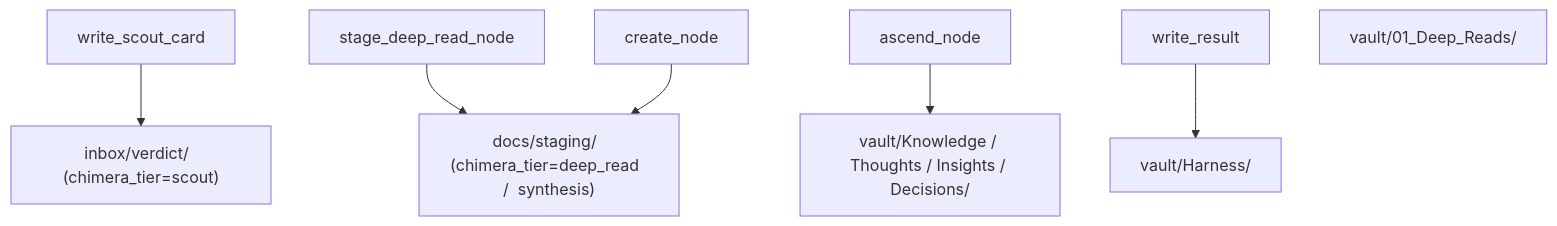
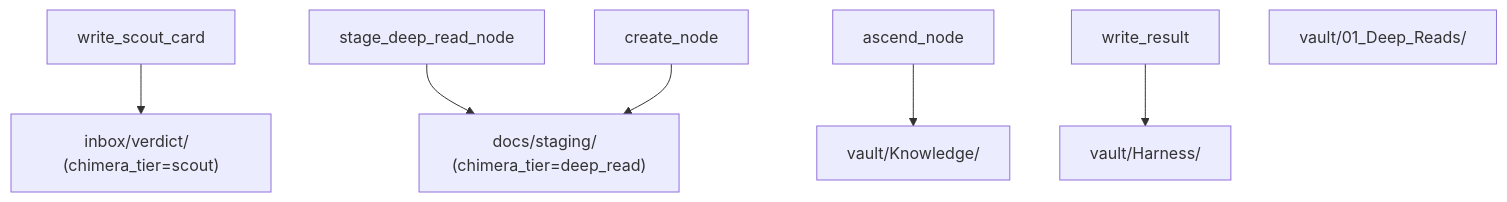
One commit to Hzeristo/chimera-lite changed the diagram in docs/ARCHITECTURE/ARCHITECTURE.md. Above: the diagram before and after it, drawn with Mermaid. The commit also changed other lines of this file and 11 other files, not shown here.

````diff
--- a/docs/ARCHITECTURE/ARCHITECTURE.md
+++ b/docs/ARCHITECTURE/ARCHITECTURE.md
@@ -88,13 +88,13 @@
 ```mermaid
 flowchart TD
     inbox_dest["inbox/verdict/  (chimera_tier=scout)"]
     tool_write_scout_card["write_scout_card"] --> inbox_dest
-    staging_dest["docs/staging/  (chimera_tier=deep_read  /  synthesis)"]
+    staging_dest["docs/staging/  (chimera_tier=deep_read)"]
     tool_stage_deep_read_node["stage_deep_read_node"] --> staging_dest
     tool_create_node["create_node"] --> staging_dest
-    committed_dest["vault/Knowledge / Thoughts / Insights / Decisions/"]
+    committed_dest["vault/Knowledge/"]
     tool_ascend_node["ascend_node"] --> committed_dest
     harness_dest["vault/Harness/"]
     tool_write_result["write_result"] --> harness_dest
     deep_reads_legacy_dest["vault/01_Deep_Reads/"]
 ```
````
